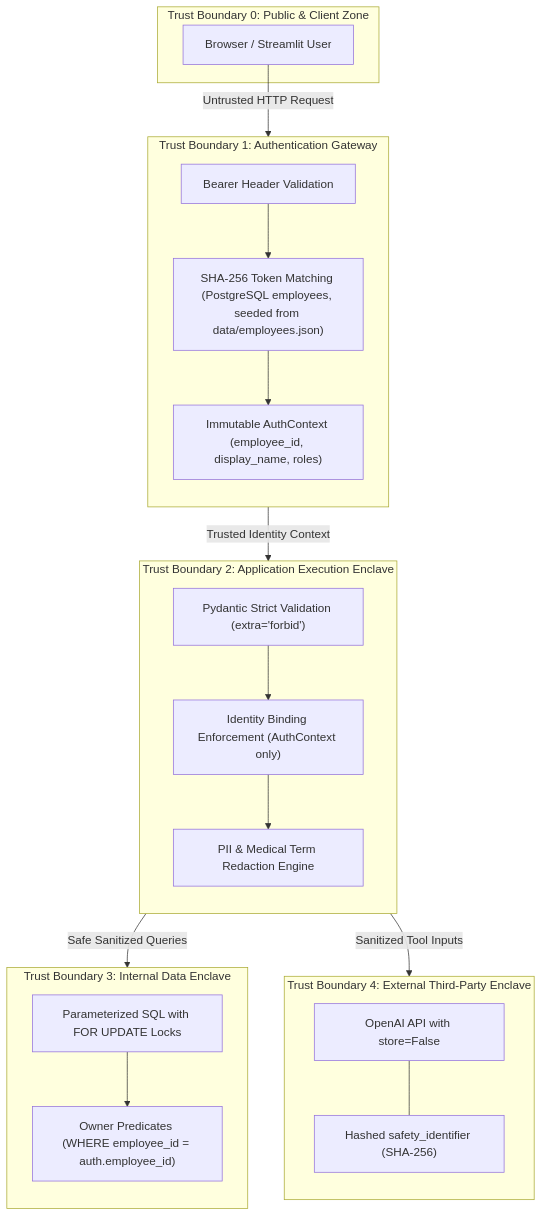
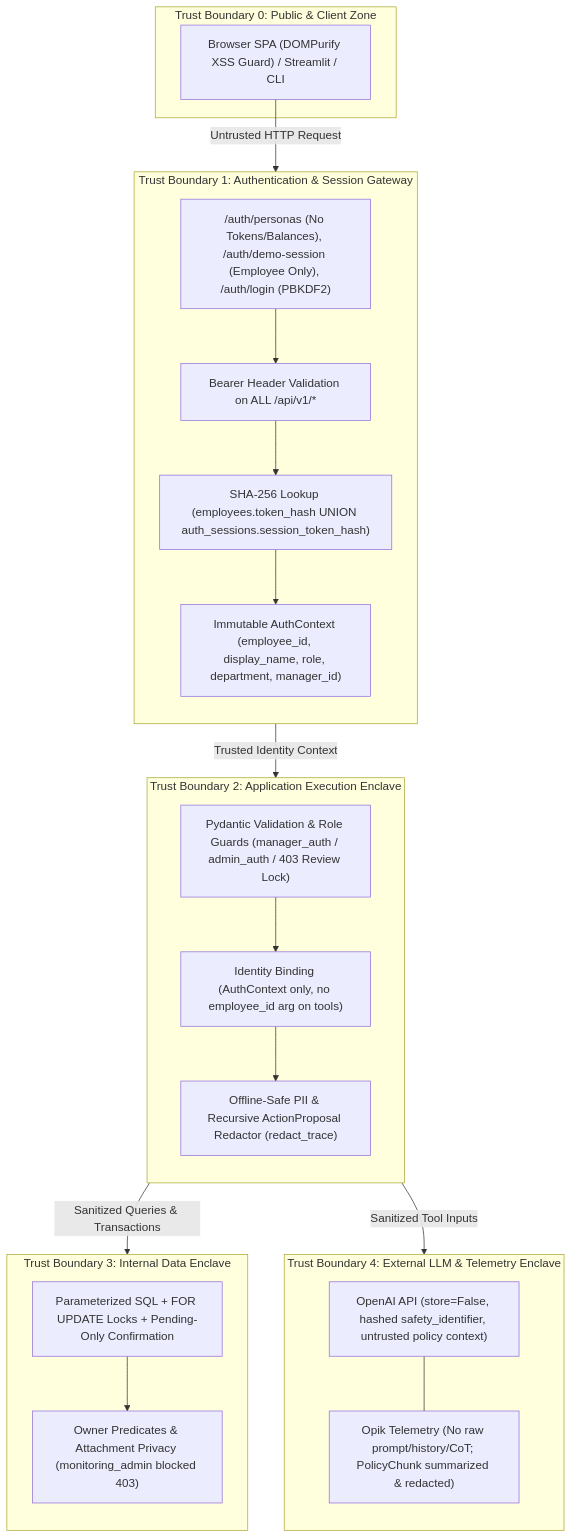
One commit to azbayou/AIEN-RMT002-BayuAziz changed the second of 6 diagrams in milestone2-HR-Agent/architecture.md. Above: the diagram before and after it, drawn with Mermaid. The commit also changed other lines of this file and 41 other files, not shown here.

````diff
--- a/milestone2-HR-Agent/architecture.md
+++ b/milestone2-HR-Agent/architecture.md
@@ -84,41 +96,42 @@
 ```mermaid
 flowchart TD
     subgraph TB0["Trust Boundary 0: Public & Client Zone"]
-        USER["Browser / Streamlit User"]
+        USER["Browser SPA (DOMPurify XSS Guard) / Streamlit / CLI"]
     end
 
-    subgraph TB1["Trust Boundary 1: Authentication Gateway"]
+    subgraph TB1["Trust Boundary 1: Authentication & Session Gateway"]
         direction TB
-        BEARER["Bearer Header Validation"]
-        HASH_AUTH["SHA-256 Token Matching (PostgreSQL employees, seeded from data/employees.json)"]
-        CTX["Immutable AuthContext (employee_id, display_name, roles)"]
-        BEARER --> HASH_AUTH --> CTX
+        BOOTSTRAP["/auth/personas (No Tokens/Balances), /auth/demo-session (Employee Only), /auth/login (PBKDF2)"]
+        BEARER["Bearer Header Validation on ALL /api/v1/*"]
+        HASH_AUTH["SHA-256 Lookup (employees.token_hash UNION auth_sessions.session_token_hash)"]
+        CTX["Immutable AuthContext (employee_id, display_name, role, department, manager_id)"]
+        BOOTSTRAP --> BEARER --> HASH_AUTH --> CTX
     end
 
     subgraph TB2["Trust Boundary 2: Application Execution Enclave"]
         direction TB
-        INPUT_VAL["Pydantic Strict Validation (extra='forbid')"]
-        TOOL_GUARD["Identity Binding Enforcement (AuthContext only)"]
-        REDACT_PIPE["PII & Medical Term Redaction Engine"]
+        INPUT_VAL["Pydantic Validation & Role Guards (manager_auth / admin_auth / 403 Review Lock)"]
+        TOOL_GUARD["Identity Binding (AuthContext only, no employee_id arg on tools)"]
+        REDACT_PIPE["Offline-Safe PII & Recursive ActionProposal Redactor (redact_trace)"]
         INPUT_VAL --> TOOL_GUARD --> REDACT_PIPE
     end
 
     subgraph TB3["Trust Boundary 3: Internal Data Enclave"]
         direction TB
-        SQL_TX["Parameterized SQL with FOR UPDATE Locks"]
-        ROW_ISOLATION["Owner Predicates (WHERE employee_id = auth.employee_id)"]
+        SQL_TX["Parameterized SQL + FOR UPDATE Locks + Pending-Only Confirmation"]
+        ROW_ISOLATION["Owner Predicates & Attachment Privacy (monitoring_admin blocked 403)"]
         SQL_TX --> ROW_ISOLATION
     end
 
-    subgraph TB4["Trust Boundary 4: External Third-Party Enclave"]
+    subgraph TB4["Trust Boundary 4: External LLM & Telemetry Enclave"]
         direction TB
-        EXT_LLM["OpenAI API with store=False"]
-        SAFETY_ID["Hashed safety_identifier (SHA-256)"]
-        EXT_LLM --- SAFETY_ID
+        EXT_LLM["OpenAI API (store=False, hashed safety_identifier, untrusted policy context)"]
+        OPIK_OUT["Opik Telemetry (No raw prompt/history/CoT; PolicyChunk summarized & redacted)"]
+        EXT_LLM --- OPIK_OUT
     end
 
     USER -->|"Untrusted HTTP Request"| TB1
     CTX -->|"Trusted Identity Context"| TB2
-    REDACT_PIPE -->|"Safe Sanitized Queries"| TB3
+    REDACT_PIPE -->|"Sanitized Queries & Transactions"| TB3
     TOOL_GUARD -->|"Sanitized Tool Inputs"| TB4
 ```
````
